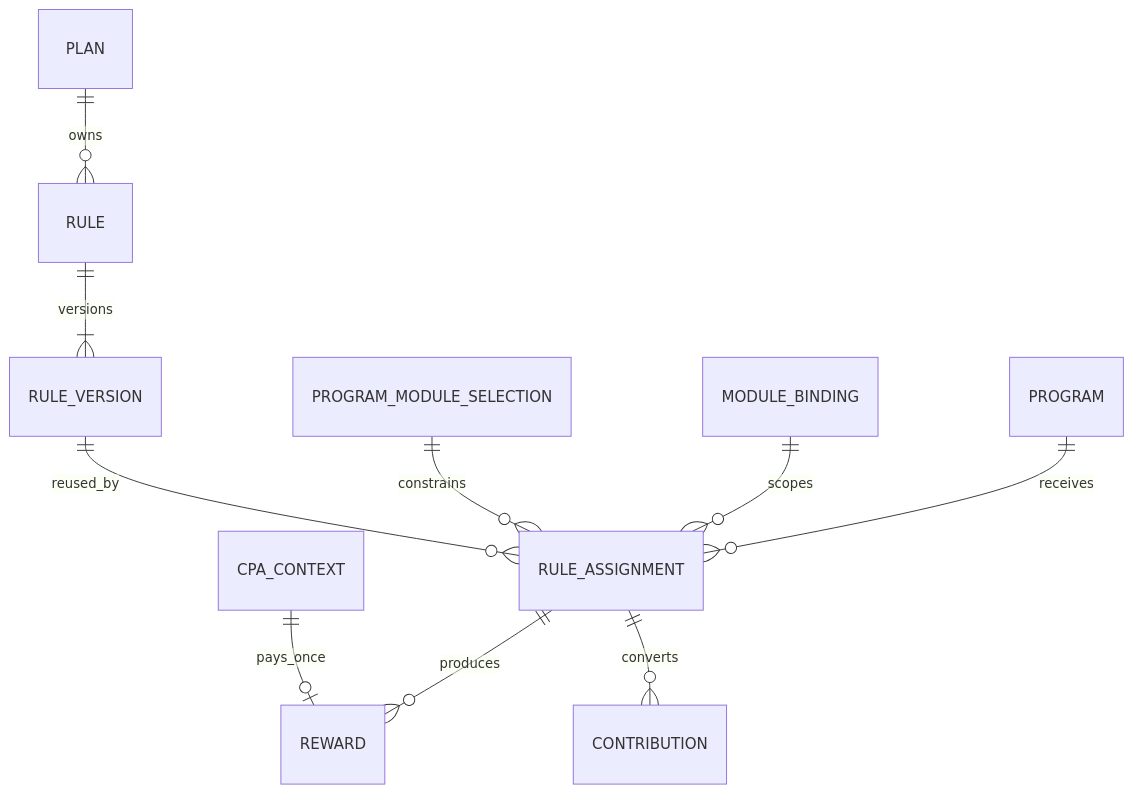
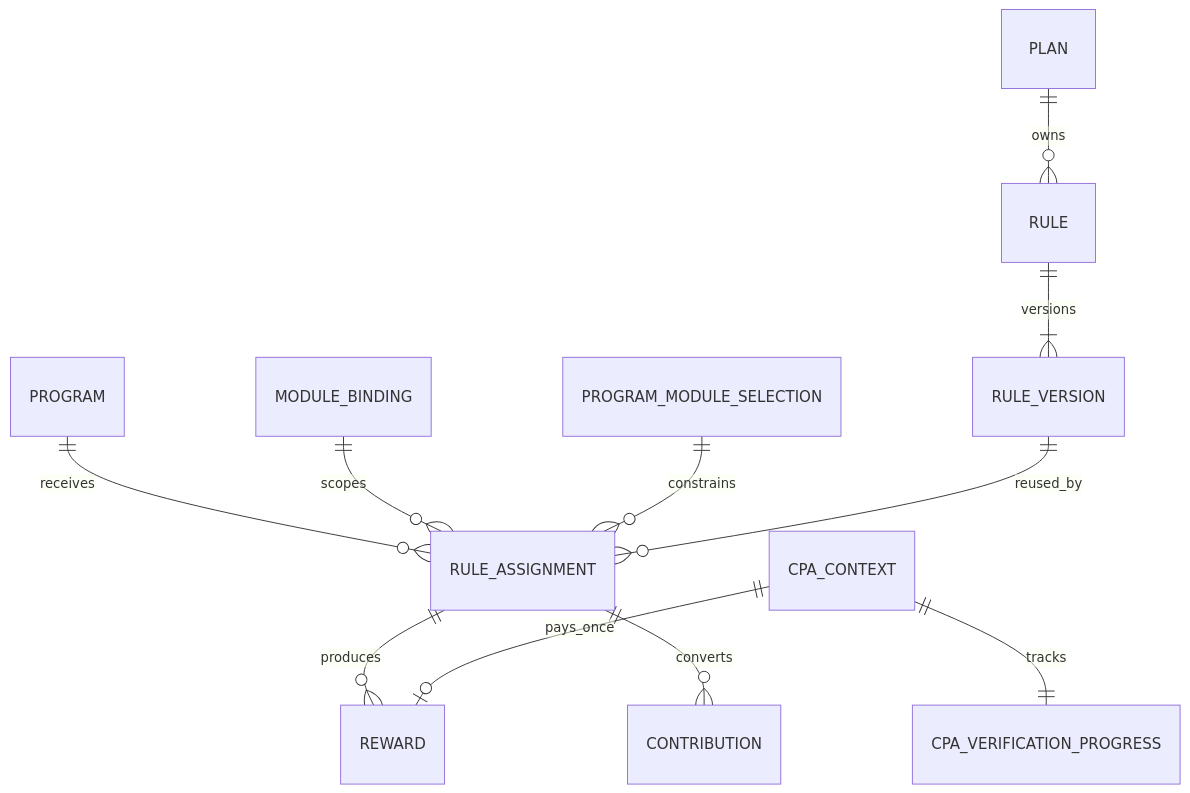
One commit to MMTech-Solutions/ib-service changed the diagram in docs/bds/rewards.bds.md. Above: the diagram before and after it, drawn with Mermaid. The commit also changed other lines of this file and 14 other files, not shown here.

Commit message:
docs(rewards): define CPA verification vertical

````diff
--- a/docs/bds/rewards.bds.md
+++ b/docs/bds/rewards.bds.md
@@ -31,12 +33,13 @@
 ```mermaid
 erDiagram
     PLAN ||--o{ RULE : owns
     RULE ||--|{ RULE_VERSION : versions
     PROGRAM ||--o{ RULE_ASSIGNMENT : receives
     MODULE_BINDING ||--o{ RULE_ASSIGNMENT : scopes
     PROGRAM_MODULE_SELECTION ||--o{ RULE_ASSIGNMENT : constrains
     RULE_VERSION ||--o{ RULE_ASSIGNMENT : reused_by
     RULE_ASSIGNMENT ||--o{ REWARD : produces
     RULE_ASSIGNMENT ||--o{ CONTRIBUTION : converts
     CPA_CONTEXT ||--o| REWARD : pays_once
+    CPA_CONTEXT ||--|| CPA_VERIFICATION_PROGRESS : tracks
 ```
````
